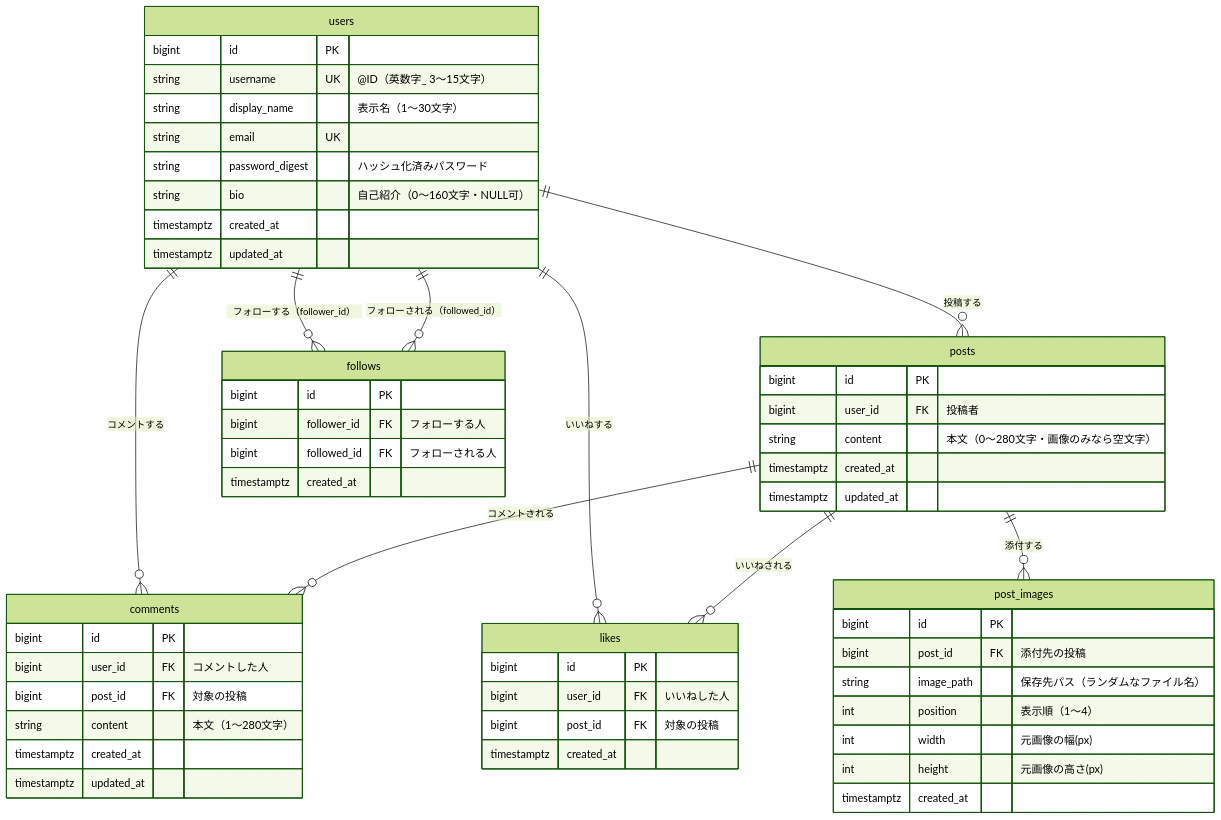
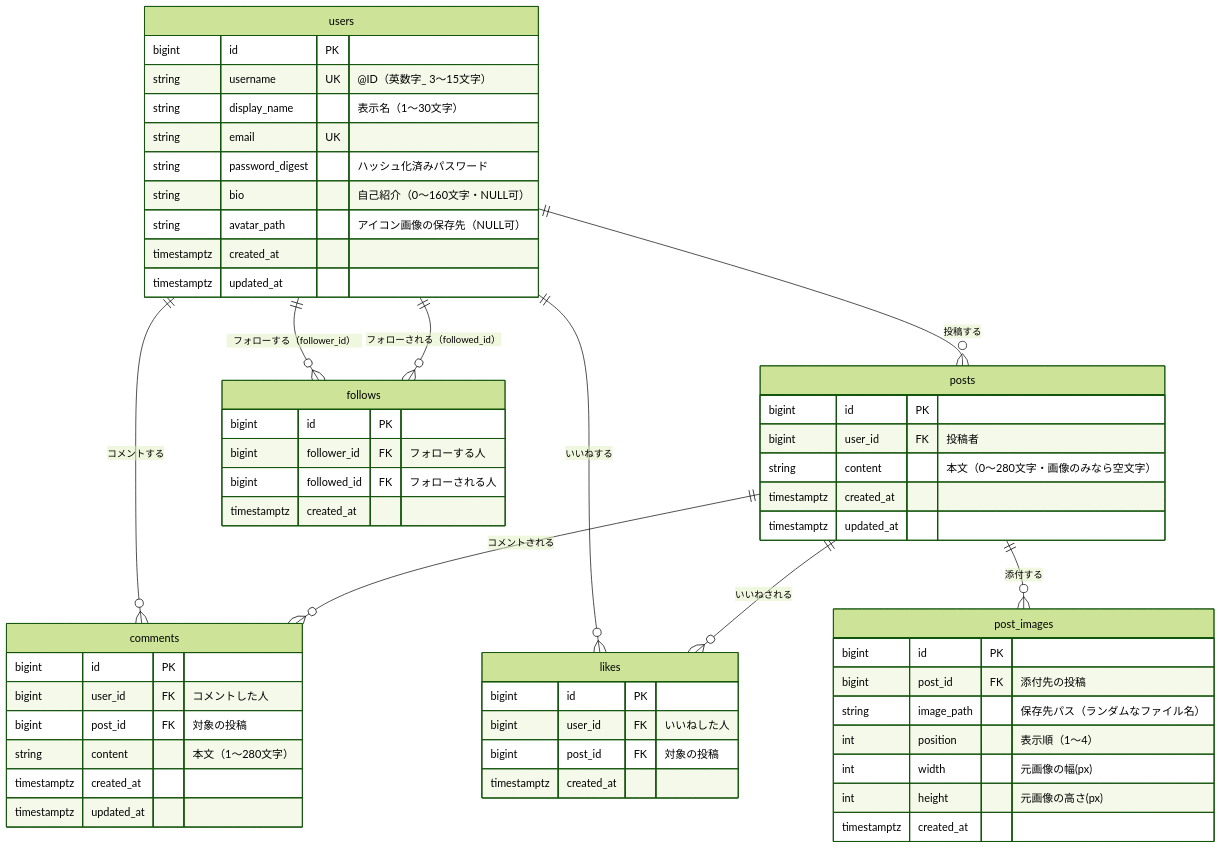
Before and after one commit to KeiT0773/RaiseTimeline: the diagram in docs/04_er_diagram.md, drawn with Mermaid (forest theme). The commit also changed other lines of this file and 13 other files, not shown here.

````diff
--- a/docs/04_er_diagram.md
+++ b/docs/04_er_diagram.md
@@ -28,63 +29,64 @@
 ```mermaid
 erDiagram
     users ||--o{ posts    : "投稿する"
     users ||--o{ comments : "コメントする"
     users ||--o{ likes    : "いいねする"
     posts ||--o{ comments : "コメントされる"
     posts ||--o{ likes    : "いいねされる"
     posts ||--o{ post_images : "添付する"
     users ||--o{ follows  : "フォローする（follower_id）"
     users ||--o{ follows  : "フォローされる（followed_id）"
 
     users {
         bigint   id              PK
         string   username        UK "@ID（英数字_ 3〜15文字）"
         string   display_name       "表示名（1〜30文字）"
         string   email           UK
         string   password_digest    "ハッシュ化済みパスワード"
         string   bio                "自己紹介（0〜160文字・NULL可）"
+        string   avatar_path        "アイコン画像の保存先（NULL可）"
         timestamptz created_at
         timestamptz updated_at
     }
 
     posts {
         bigint   id         PK
         bigint   user_id    FK "投稿者"
         string   content       "本文（0〜280文字・画像のみなら空文字）"
         timestamptz created_at
         timestamptz updated_at
     }
 
     post_images {
         bigint   id         PK
         bigint   post_id    FK "添付先の投稿"
         string   image_path    "保存先パス（ランダムなファイル名）"
         int      position      "表示順（1〜4）"
         int      width         "元画像の幅(px)"
         int      height        "元画像の高さ(px)"
         timestamptz created_at
     }
 
     comments {
         bigint   id         PK
         bigint   user_id    FK "コメントした人"
         bigint   post_id    FK "対象の投稿"
         string   content       "本文（1〜280文字）"
         timestamptz created_at
         timestamptz updated_at
     }
 
     likes {
         bigint   id         PK
         bigint   user_id    FK "いいねした人"
         bigint   post_id    FK "対象の投稿"
         timestamptz created_at
     }
 
     follows {
         bigint   id          PK
         bigint   follower_id FK "フォローする人"
         bigint   followed_id FK "フォローされる人"
         timestamptz created_at
     }
 ```
````
